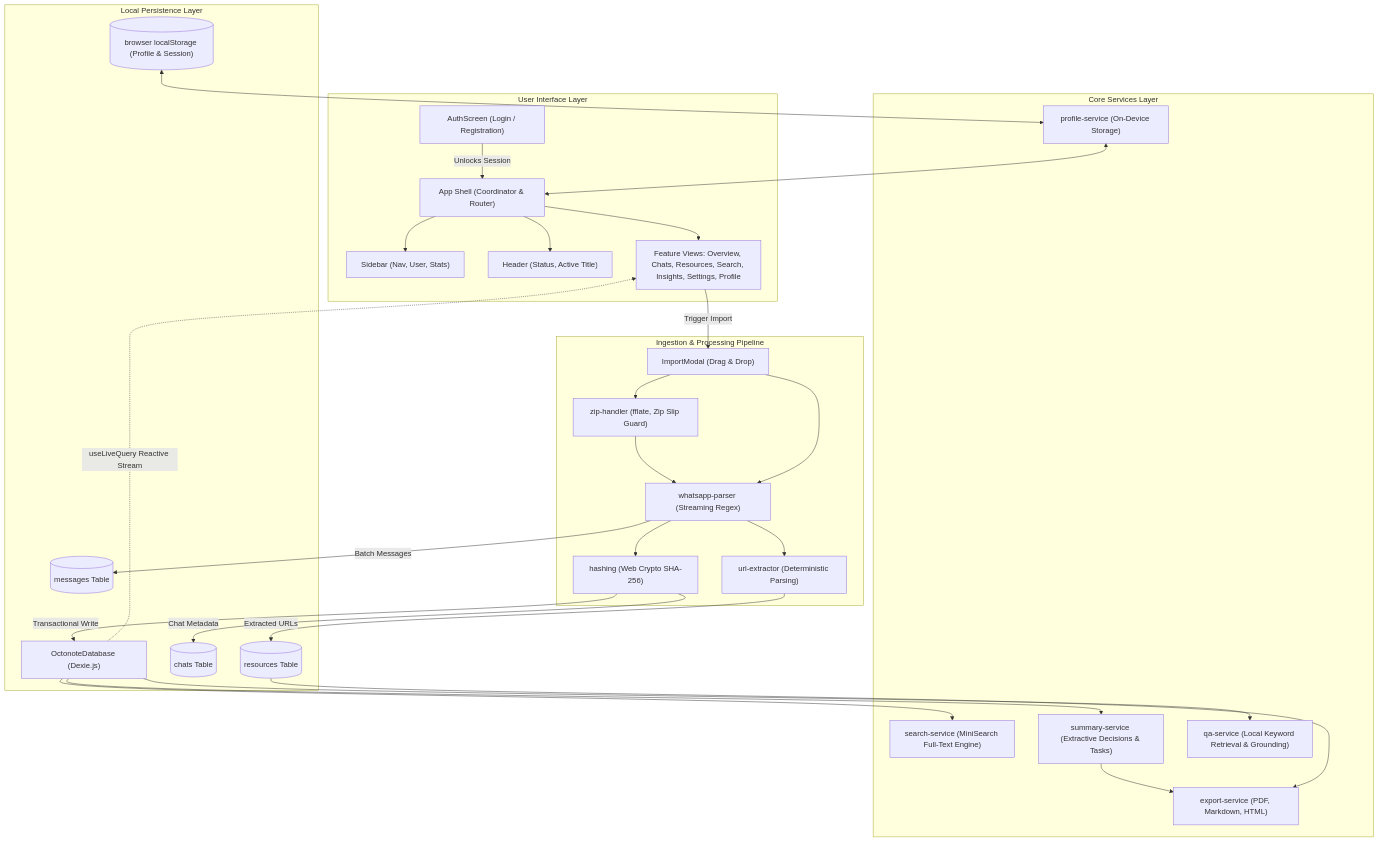
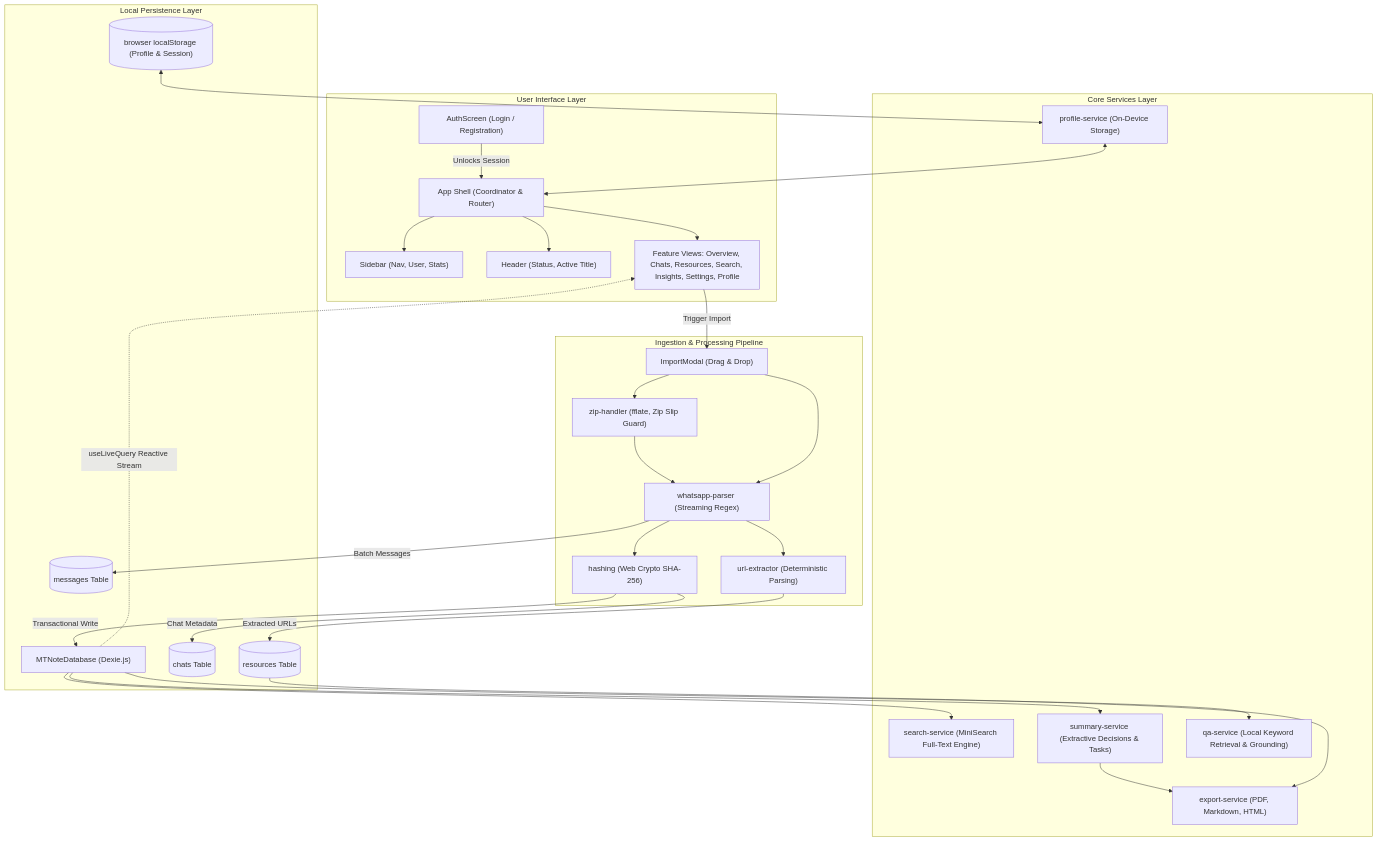
Before and after one commit to tysong04/MTNOTE: the diagram in docs/ARCHITECTURE.md, drawn with Mermaid. The commit also changed other lines of this file and 33 other files, not shown here.

````diff
--- a/docs/ARCHITECTURE.md
+++ b/docs/ARCHITECTURE.md
@@ -20,66 +20,66 @@
 ```mermaid
 flowchart TD
     subgraph UI ["User Interface Layer"]
         AUTH["AuthScreen (Login / Registration)"]
         APP["App Shell (Coordinator & Router)"]
         SIDEBAR["Sidebar (Nav, User, Stats)"]
         HEADER["Header (Status, Active Title)"]
         VIEWS["Feature Views: Overview, Chats, Resources, Search, Insights, Settings, Profile"]
     end
 
     subgraph INGEST ["Ingestion & Processing Pipeline"]
         MODAL["ImportModal (Drag & Drop)"]
         ZIP["zip-handler (fflate, Zip Slip Guard)"]
         PARSER["whatsapp-parser (Streaming Regex)"]
         HASH["hashing (Web Crypto SHA-256)"]
         URL_EXTRACT["url-extractor (Deterministic Parsing)"]
     end
 
     subgraph SERVICES ["Core Services Layer"]
         SEARCH["search-service (MiniSearch Full-Text Engine)"]
         SUMMARY["summary-service (Extractive Decisions & Tasks)"]
         QA["qa-service (Local Keyword Retrieval & Grounding)"]
         EXPORT["export-service (PDF, Markdown, HTML)"]
         PROFILE_SVC["profile-service (On-Device Storage)"]
     end
 
     subgraph STORAGE ["Local Persistence Layer"]
-        DB["OctonoteDatabase (Dexie.js)"]
+        DB["MTNoteDatabase (Dexie.js)"]
         CHATS_TABLE[("chats Table")]
         MSGS_TABLE[("messages Table")]
         RES_TABLE[("resources Table")]
         LOCAL_STORAGE[("browser localStorage (Profile & Session)")]
     end
 
     %% User interactions
     AUTH -->|Unlocks Session| APP
     APP --> SIDEBAR
     APP --> HEADER
     APP --> VIEWS
 
     %% Ingestion
     VIEWS -->|Trigger Import| MODAL
     MODAL --> ZIP
     ZIP --> PARSER
     MODAL --> PARSER
     PARSER --> HASH
     PARSER --> URL_EXTRACT
 
     %% Persistence
     HASH -->|Transactional Write| DB
     PARSER -->|Batch Messages| MSGS_TABLE
     URL_EXTRACT -->|Extracted URLs| RES_TABLE
     HASH -->|Chat Metadata| CHATS_TABLE
 
     %% Reactive Query
     DB -.->|useLiveQuery Reactive Stream| VIEWS
     LOCAL_STORAGE <--> PROFILE_SVC
     PROFILE_SVC <--> APP
 
     %% Core Services Data
     DB --> SEARCH
     DB --> SUMMARY
     DB --> QA
     SUMMARY --> EXPORT
     RES_TABLE --> EXPORT
 ```
````
